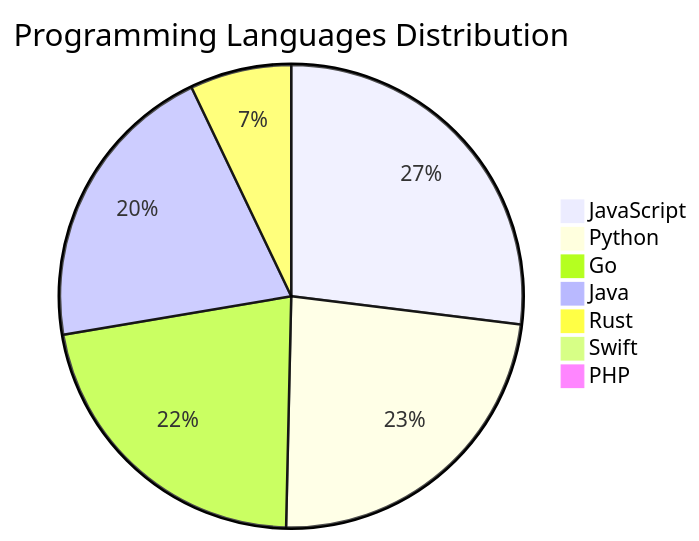
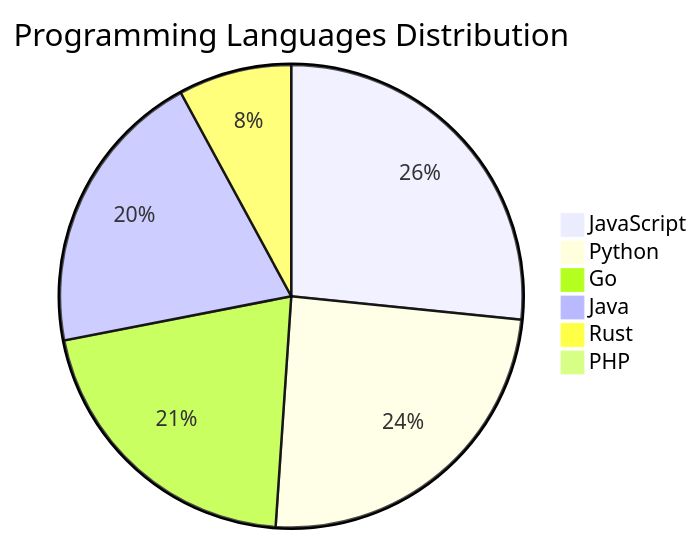
The diagram in README.md (Derrick-MUGISHA/github-activity-bot), drawn with Mermaid before and after one commit. The commit also changed other lines of this file and 4 other files, not shown here.

````diff
--- a/README.md
+++ b/README.md
@@ -207,10 +205,9 @@
 ```mermaid
 pie title Programming Languages Distribution
-    "JavaScript" : 38
-    "Python" : 33
-    "Go" : 31
-    "Java" : 29
-    "Rust" : 10
-    "Swift" : 1
+    "JavaScript" : 37
+    "Python" : 34
+    "Go" : 29
+    "Java" : 28
+    "Rust" : 11
     "PHP" : 1
 ```
````
